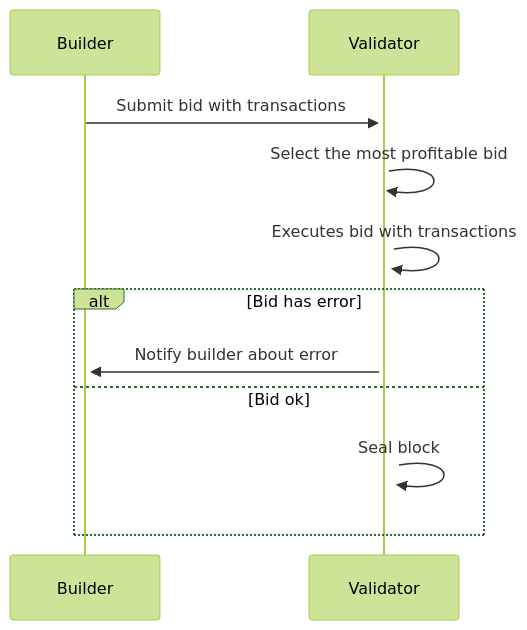
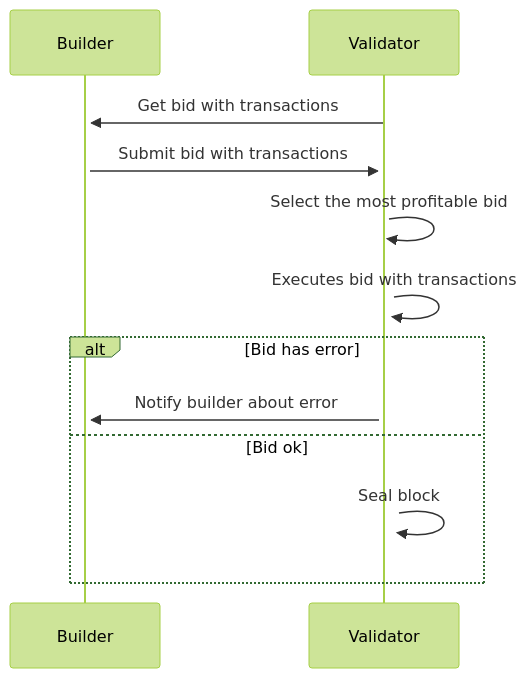
Before and after one commit to avalanche-foundation/ACPs: the diagram in ACPs/208-mev-client-c-chain/README.md, drawn with Mermaid (forest theme). The commit also changed other lines of this file, not shown here.

````diff
--- a/ACPs/208-mev-client-c-chain/README.md
+++ b/ACPs/208-mev-client-c-chain/README.md
@@ -133,15 +133,16 @@
 ```mermaid
 sequenceDiagram
     participant Builder
     participant Validator
 
+    Validator->>+Builder: Get bid with transactions
     Builder->>+Validator: Submit bid with transactions
     Validator->>+Validator: Select the most profitable bid
     Validator->>+Validator: Executes bid with transactions
 
     alt Bid has error
         Validator->>+Builder: Notify builder about error
     else Bid ok
         Validator->>+Validator: Seal block
     end
 ```
````
